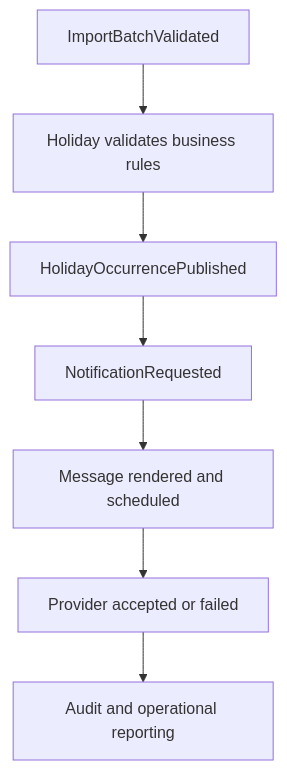
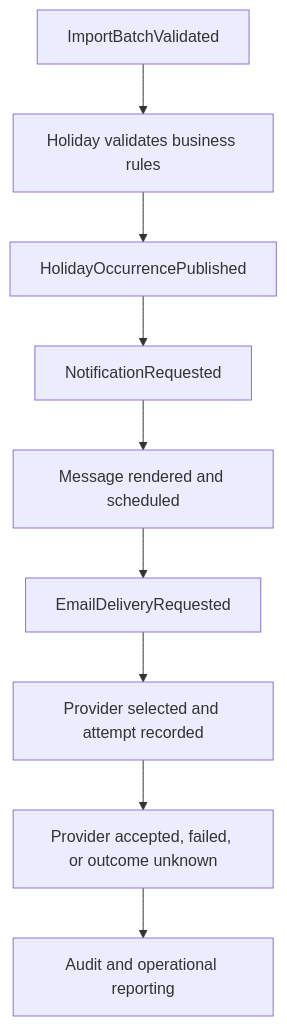
The third of 4 diagrams in architecture.md (anshacerbia2/ati-ph), drawn with Mermaid before and after one commit. The commit also changed other lines of this file and 6 other files, not shown here.

````diff
--- a/architecture.md
+++ b/architecture.md
@@ -477,9 +563,11 @@
 ```mermaid
 flowchart TD
     A["ImportBatchValidated"] --> B["Holiday validates business rules"]
     B --> C["HolidayOccurrencePublished"]
     C --> D["NotificationRequested"]
     D --> E["Message rendered and scheduled"]
-    E --> F["Provider accepted or failed"]
-    F --> G["Audit and operational reporting"]
+    E --> F["EmailDeliveryRequested"]
+    F --> G["Provider selected and attempt recorded"]
+    G --> H["Provider accepted, failed, or outcome unknown"]
+    H --> I["Audit and operational reporting"]
 ```
````
